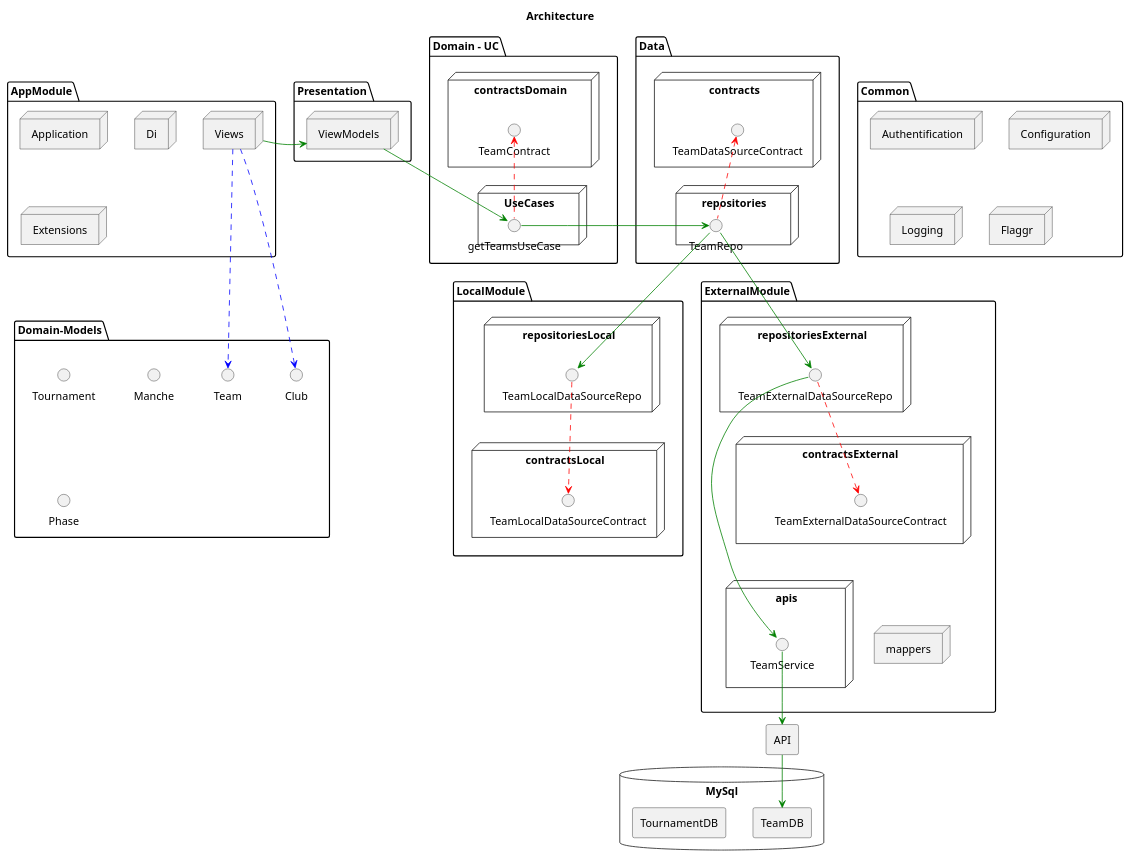
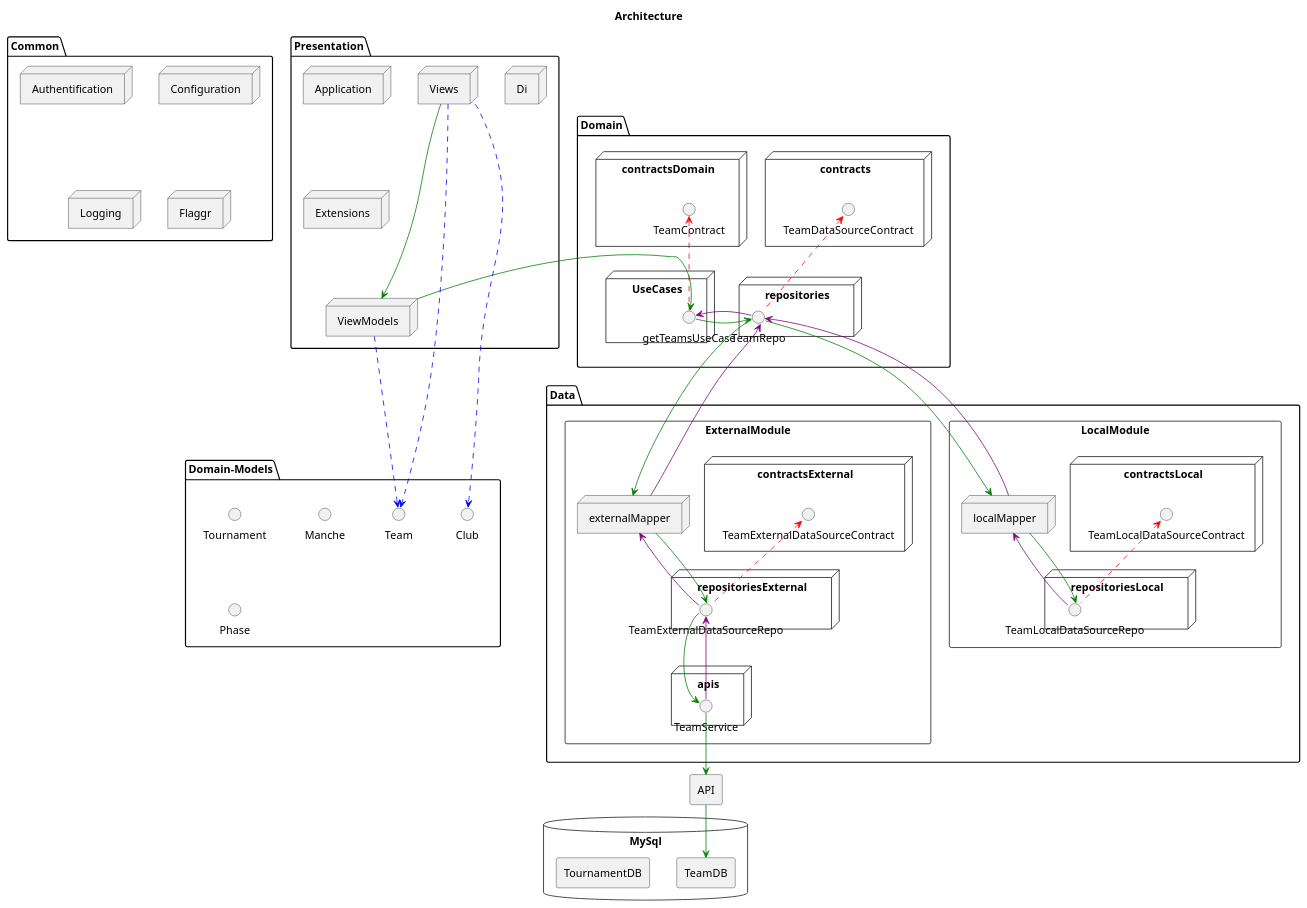
Before and after one commit to Thessalene/MolkkyAppAndroid: the diagram in app/src/main/java/com/jeanloth/project/android/kotlin/molkkyappandroid/assets/architecture.puml, drawn with PlantUML. The commit also changed 18 other files, not shown here.

```diff
--- a/app/src/main/java/com/jeanloth/project/android/kotlin/molkkyappandroid/assets/architecture.puml
+++ b/app/src/main/java/com/jeanloth/project/android/kotlin/molkkyappandroid/assets/architecture.puml
@@ -1,115 +1,134 @@
 @startuml
 
 title Architecture
 skinparam object {
           BackgroundColor Snow
           BorderColor Green
           ArrowColor Green
 }
-
-'APP (Android Part)
-package "AppModule" {
-  node "Application"
-  node "Di"
-  node "Views"
-  node "Extensions"
-}
-
-package "Presentation" {
-  node ViewModels
-}
+skinparam defaultTextAlignment center
 
 'COMMON
 package "Common" {
   node Authentification
   node Configuration
   node Logging
   node Flaggr
 }
 
-'DATAS
-package "Data" {
-  node contracts {
-    () TeamDataSourceContract
-  }
-  node repositories{
-    () TeamRepo
-  }
+
+'PRESENTATION (Android Part)
+package "Presentation" {
+  node "Application"
+  node "Di"
+  node "Views"
+  node "Extensions"
+   node ViewModels
 }
-
-TeamRepo .up.> TeamDataSourceContract #Red
-
-'DOMAIN USE CASES
-package "Domain - UC" {
-  node contractsDomain {
-      () TeamContract
-    }
-
-  node UseCases {
-    () getTeamsUseCase
-  }
-}
-
-getTeamsUseCase .up.> TeamContract #Red
 
 'DOMAIN MODEL
 package "Domain-Models" {
   () Team
   () Tournament
   () Club
   () Manche
   () Phase
 }
 
+'DATAS
+package "Data" {
 'LOCAL MODULE
-package "LocalModule" {
+rectangle "LocalModule" {
   node repositoriesLocal {
     () TeamLocalDataSourceRepo
   }
 
+    node localMapper
   node contractsLocal {
     () TeamLocalDataSourceContract
   }
 }
 
-TeamLocalDataSourceRepo ..> TeamLocalDataSourceContract #Red
+TeamLocalDataSourceRepo .up.> TeamLocalDataSourceContract #Red
 
 'EXTERNAL MODULE
-package "ExternalModule" {
+rectangle "ExternalModule" {
   node apis {
     () TeamService
   }
-  node mappers
+  node externalMapper
   node repositoriesExternal {
       () TeamExternalDataSourceRepo
     }
 
     node contractsExternal {
       () TeamExternalDataSourceContract
     }
 }
-TeamExternalDataSourceRepo ..> TeamExternalDataSourceContract #Red
-contractsExternal -[hidden]-> apis
-contractsExternal -[hidden]-> mappers
+TeamExternalDataSourceRepo .up.> TeamExternalDataSourceContract #Red
+
+}
+
+'DOMAIN USE CASES
+package "Domain" {
+    node contracts {
+        () TeamDataSourceContract
+    }
+    node repositories{
+        () TeamRepo
+    }
+
+  node contractsDomain {
+      () TeamContract
+    }
+
+  node UseCases {
+    () getTeamsUseCase
+  }
+}
+TeamRepo .up.> TeamDataSourceContract #Red
+getTeamsUseCase .up.> TeamContract #Red
+
 
 'EXTERNAL DATA SOURCE
 rectangle API
 
 database "MySql" {
   rectangle TeamDB
   rectangle TournamentDB
 }
 
 'RELATIONS
-Views -right--> ViewModels
-ViewModels --> getTeamsUseCase
+Views -down--> ViewModels
+ViewModels .down.> Team #blue
+ViewModels -right-> getTeamsUseCase
 getTeamsUseCase -right-> TeamRepo
-TeamRepo -down-> TeamLocalDataSourceRepo
-TeamRepo -down-> TeamExternalDataSourceRepo
+
+TeamRepo --> localMapper
+localMapper-down-> TeamLocalDataSourceRepo
+
+TeamRepo --> externalMapper
+externalMapper --> TeamExternalDataSourceRepo
 TeamExternalDataSourceRepo --> TeamService
-TeamService --> API
+TeamService -down-> API
 API --> TeamDB
+
+
+'Come back
+TeamLocalDataSourceRepo --> localMapper #purple
+localMapper --> TeamRepo #purple
+TeamExternalDataSourceRepo --> externalMapper #purple
+externalMapper --> TeamRepo #purple
+TeamService --> TeamExternalDataSourceRepo #purple
+
+TeamRepo -left-> getTeamsUseCase #purple
+
 
 Views ..> Team #blue
 Views ..> Club #blue
+
+'Hidden relations
+TeamExternalDataSourceRepo -[hidden]down- TeamService
+UseCases -[hidden]- externalMapper
+
 @enduml
```
